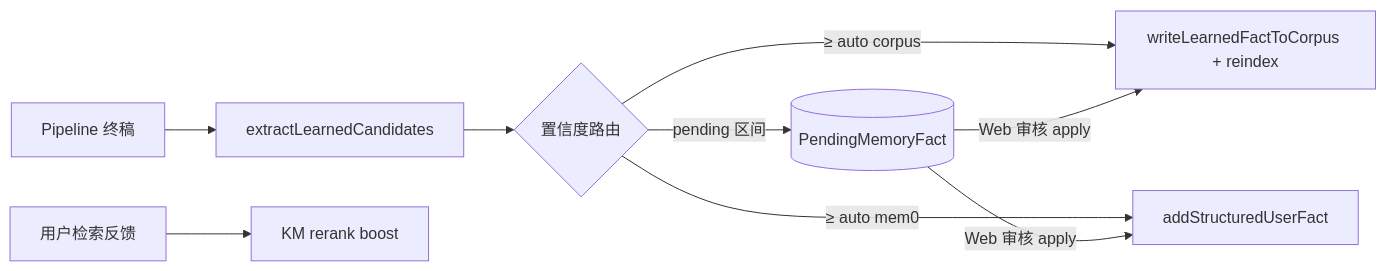
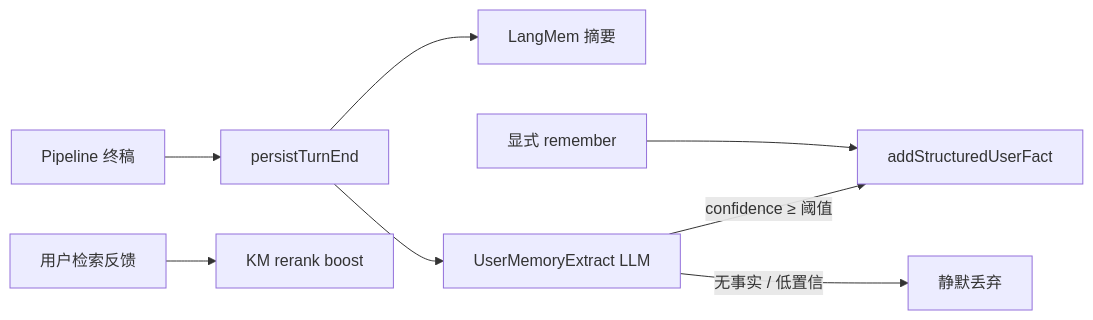
One commit to panzhanfei/agent changed diagram 13 of 13 in docs/02-agent-flows.md. Above: the diagram before and after it, drawn with Mermaid. The commit also changed other lines of this file and 53 other files, not shown here.

````diff
--- a/docs/02-agent-flows.md
+++ b/docs/02-agent-flows.md
@@ -554,11 +553,10 @@
 ```mermaid
 flowchart LR
-  T[Pipeline 终稿] --> EX[extractLearnedCandidates]
-  EX --> R{置信度路由}
-  R -->|≥ auto corpus| LC[writeLearnedFactToCorpus + reindex]
-  R -->|≥ auto mem0| M[addStructuredUserFact]
-  R -->|pending 区间| P[(PendingMemoryFact)]
-  P -->|Web 审核 apply| LC
-  P -->|Web 审核 apply| M
+  T[Pipeline 终稿] --> PST[persistTurnEnd]
+  PST --> LM[LangMem 摘要]
+  PST --> EX[UserMemoryExtract LLM]
+  EX -->|confidence ≥ 阈值| M[addStructuredUserFact]
+  EX -->|无事实 / 低置信| DROP[静默丢弃]
+  REM[显式 remember] --> M
   FB[用户检索反馈] --> KM[KM rerank boost]
 ```
````
